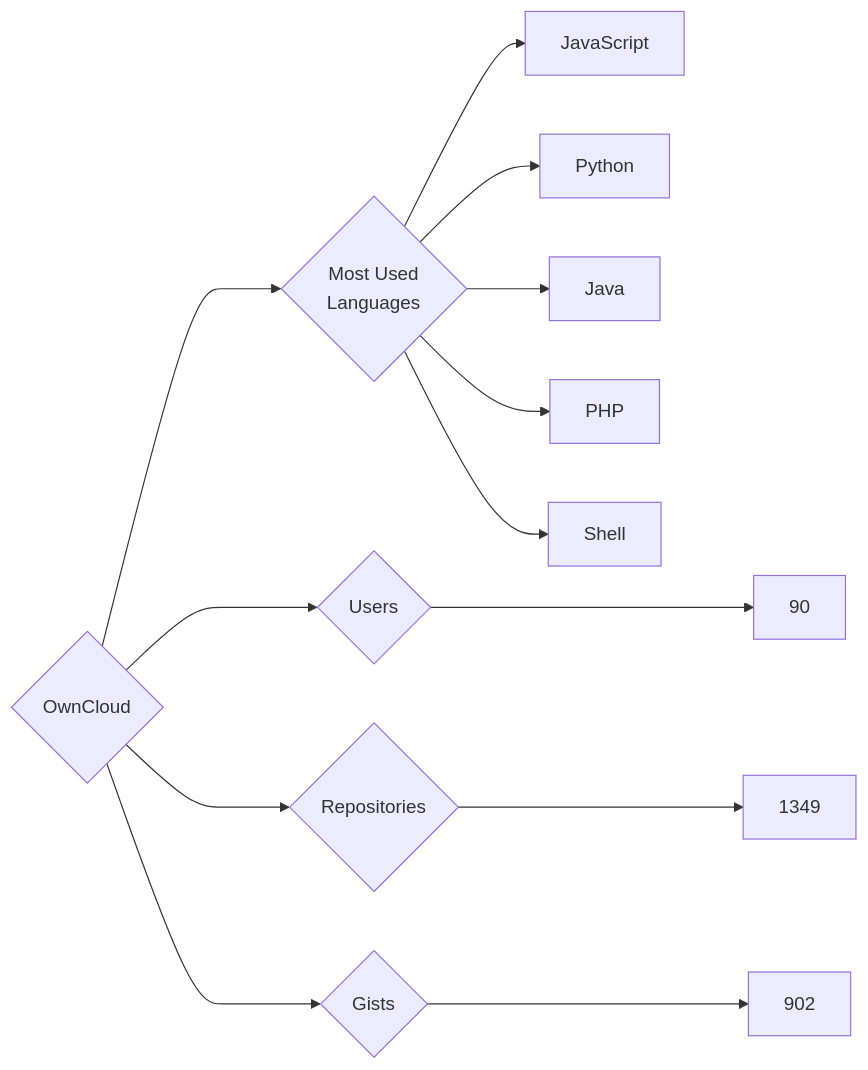
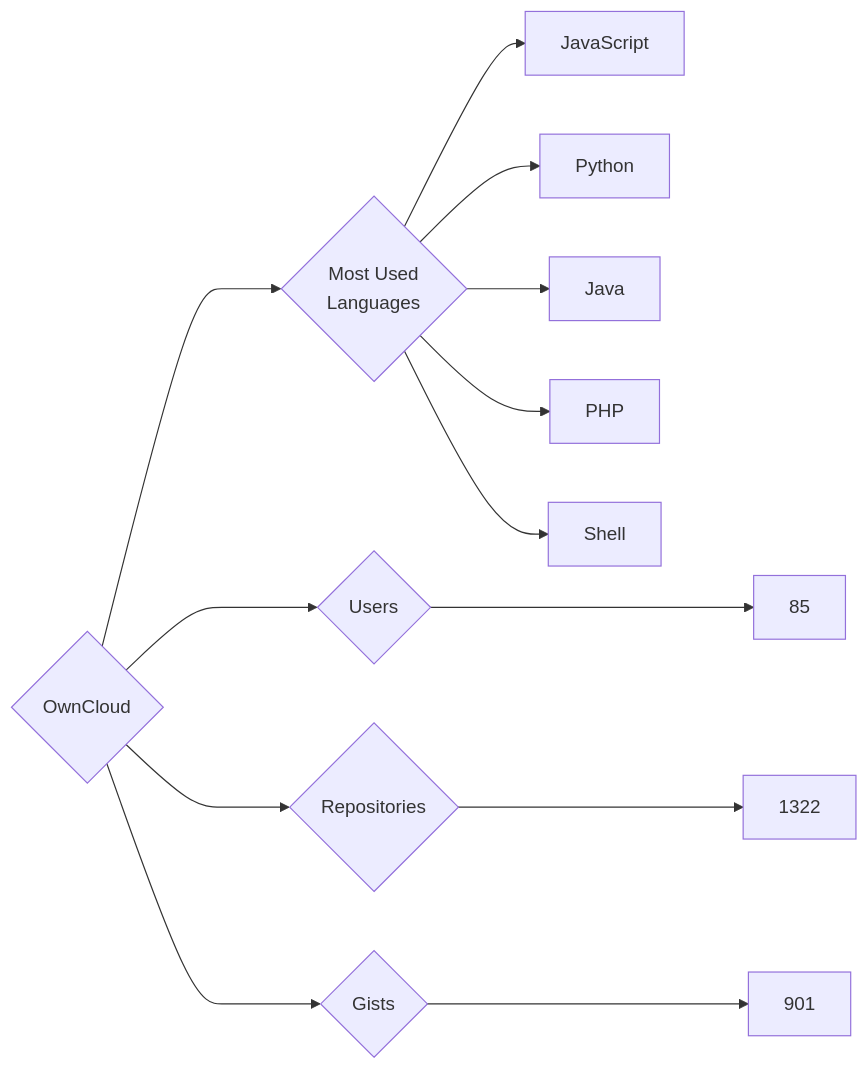
One commit to trickest/insiders changed the diagram in targets/OwnCloud/README.md. Above: the diagram before and after it, drawn with Mermaid. The commit also changed 912 other files, not shown here.

````diff
--- a/targets/OwnCloud/README.md
+++ b/targets/OwnCloud/README.md
@@ -3,13 +3,13 @@
 ```mermaid
 graph LR
 COMPANY_NAME{OwnCloud}
-COMPANY_NAME ---> U{Users} ---> UN[90]
-COMPANY_NAME ---> R{Repositories} ---> RN[1349]
-COMPANY_NAME ---> G{Gists} ---> GN[902]
+COMPANY_NAME ---> U{Users} ---> UN[85]
+COMPANY_NAME ---> R{Repositories} ---> RN[1322]
+COMPANY_NAME ---> G{Gists} ---> GN[901]
 COMPANY_NAME ---> ML{Most Used<br>Languages}
 ML --> JavaScript[JavaScript]
 ML --> Python[Python]
 ML --> Java[Java]
 ML --> PHP[PHP]
 ML --> Shell[Shell]
 ```
````
